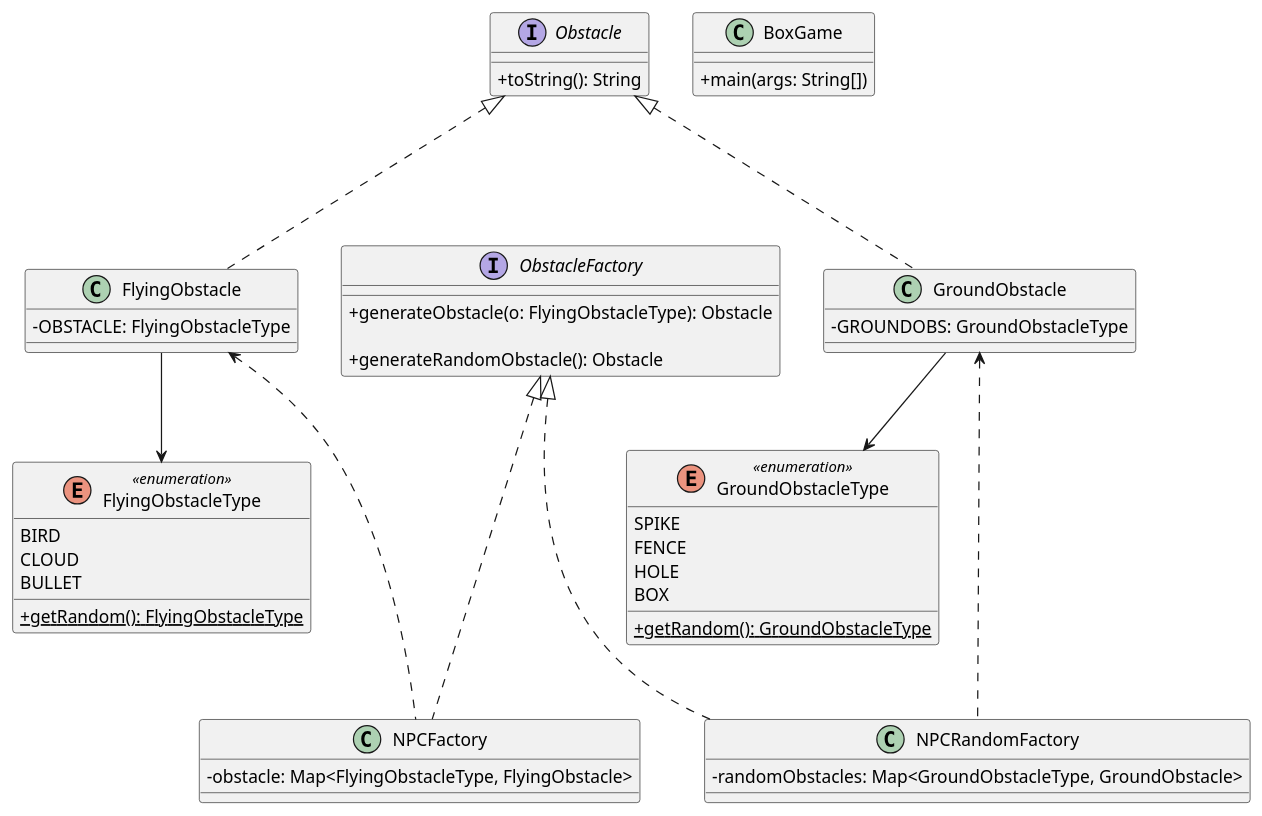
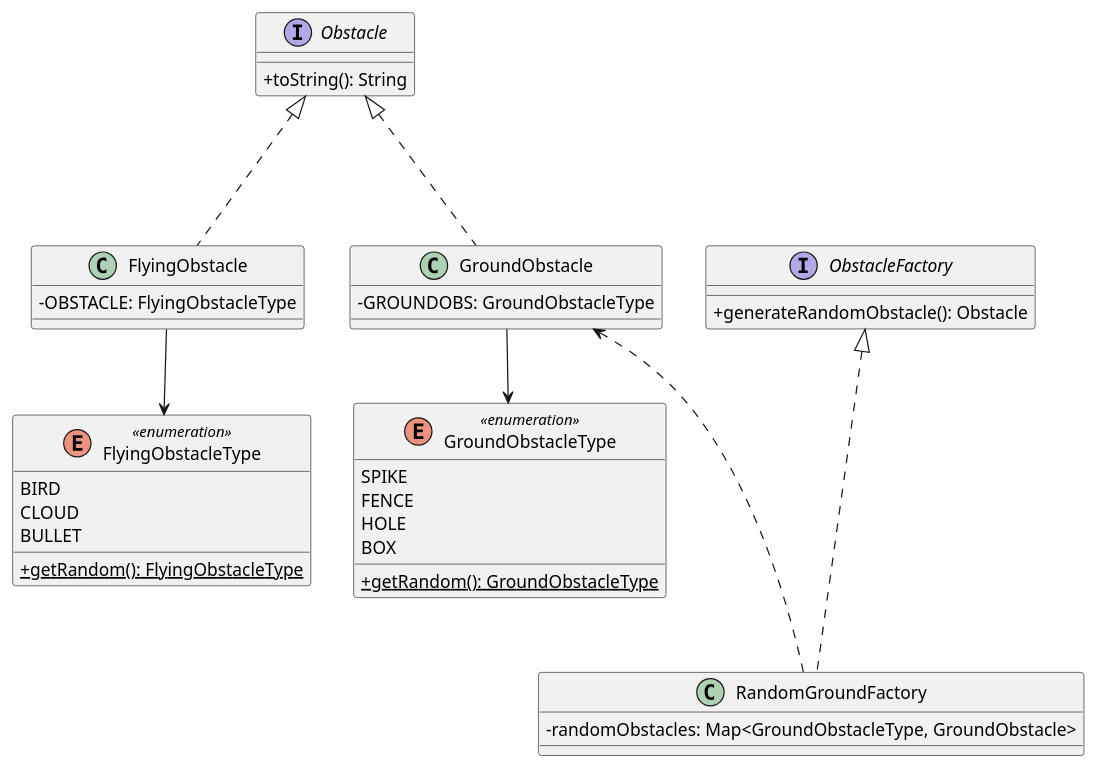
The diagram in images/FinalFactory.puml (emilyswitzer/JavaJumpGame), drawn with PlantUML before and after one commit. The commit also changed 95 other files, not shown here.

Commit message:
Grammar fixes and naming fixes. UML Class diagrams also altered to accommodate the changes

```diff
--- a/images/FinalFactory.puml
+++ b/images/FinalFactory.puml
@@ -1,79 +1,68 @@
 @startuml
 skinparam classAttributeIconSize 0
 
 interface Obstacle {
     +toString(): String
 
 }
 
 class FlyingObstacle{
 -OBSTACLE: FlyingObstacleType
 }
 
 class GroundObstacle{
   -GROUNDOBS: GroundObstacleType
 }
 
 Enum FlyingObstacleType <<enumeration>> {
      BIRD
      CLOUD
      BULLET
 
     +{static} getRandom(): FlyingObstacleType
 }
 
 Enum GroundObstacleType <<enumeration>> {
      SPIKE
      FENCE
      HOLE
      BOX
 
     +{static} getRandom(): GroundObstacleType
 }
 
 interface ObstacleFactory {
 
-    +generateObstacle(o: FlyingObstacleType): Obstacle
-
     +generateRandomObstacle(): Obstacle
 }
 
-class NPCFactory {
 
-    -obstacle: Map<FlyingObstacleType, FlyingObstacle>
-
-  }
-
-  class NPCRandomFactory {
+  class RandomGroundFactory {
 
 
   -randomObstacles: Map<GroundObstacleType, GroundObstacle>
 
     }
 
 
 FlyingObstacle --> FlyingObstacleType
 GroundObstacle --> GroundObstacleType
 
 
 Obstacle <|-.- FlyingObstacle
 
 Obstacle <|-.- GroundObstacle
 
-ObstacleFactory <|-.- NPCFactory
 
-ObstacleFactory <|-.- NPCRandomFactory
-
-FlyingObstacle <-.- NPCFactory
-
-GroundObstacle <-.- NPCRandomFactory
+ObstacleFactory <|-.- RandomGroundFactory
 
 
-class BoxGame {
-+main(args: String[])
-}
+
+GroundObstacle <-.- RandomGroundFactory
+
+
 
 
 
 
 @enduml
```
